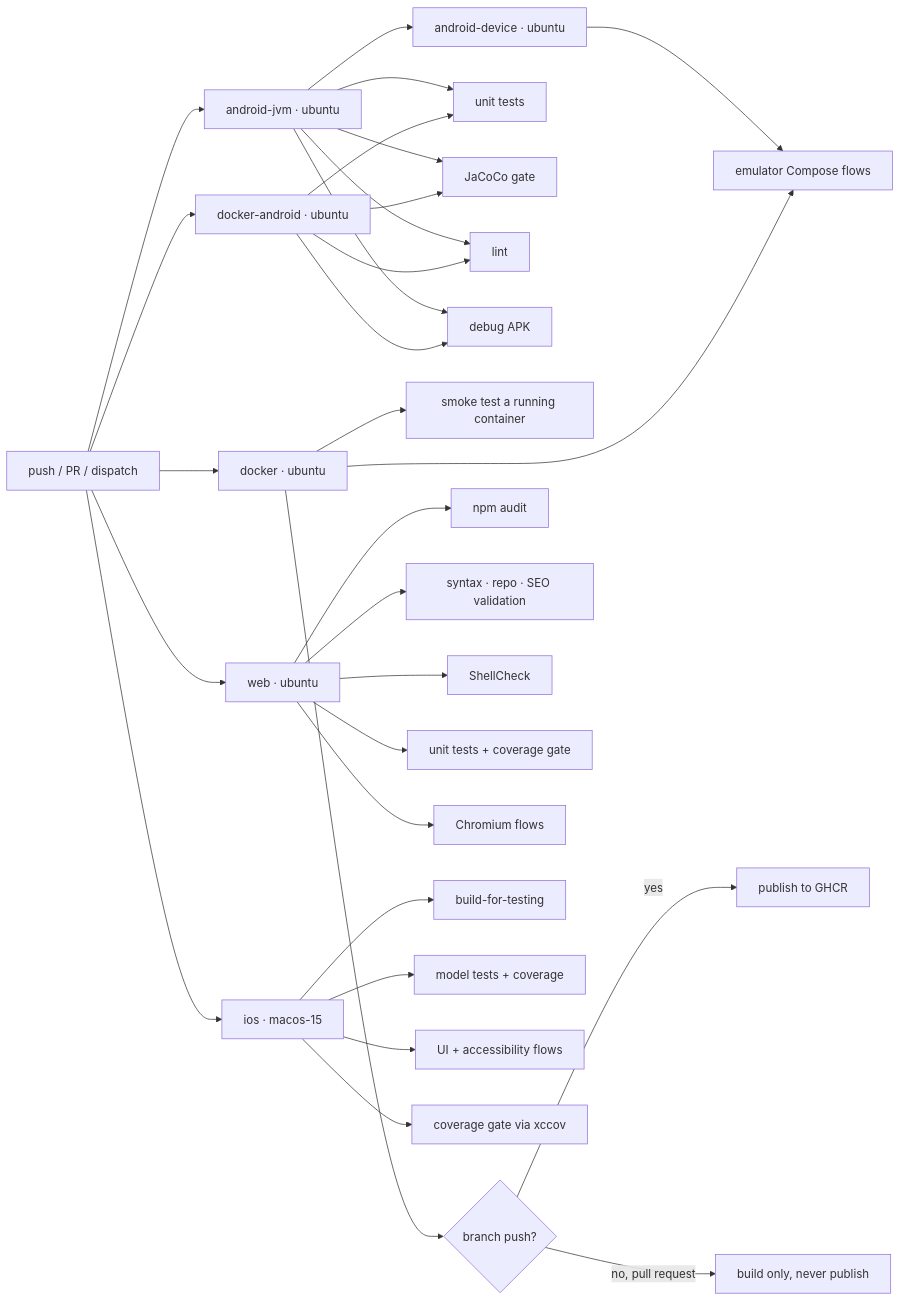
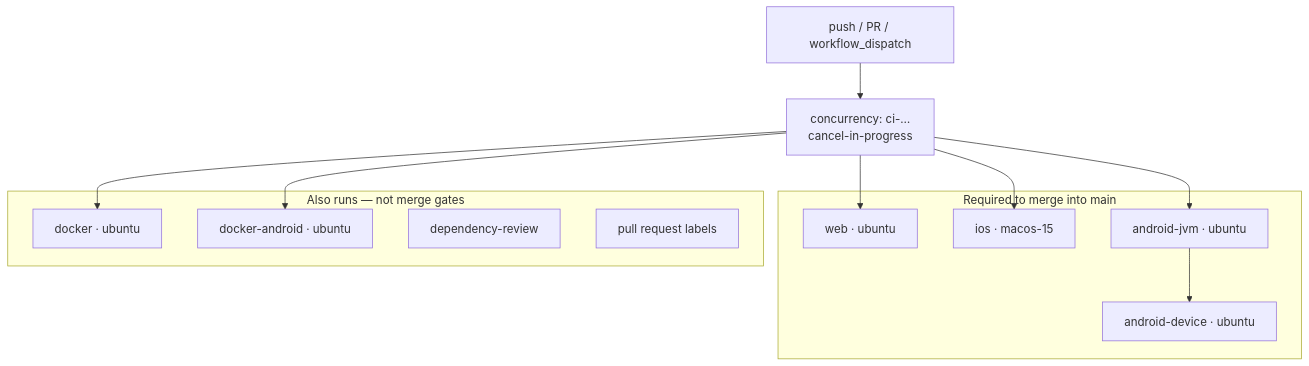
Diagram 43 of 47 in ARCHITECTURE.md (hoangsonww/2048-Game), drawn with Mermaid before and after one commit. The commit also changed other lines of this file, not shown here.

First line of the commit message:
Expand ARCHITECTURE.md into a full system reference.

````diff
--- a/ARCHITECTURE.md
+++ b/ARCHITECTURE.md
@@ -1397,38 +1783,24 @@
 ```mermaid
-flowchart LR
-    Push[push / PR / dispatch] --> Web[web · ubuntu]
-    Push --> IOS[ios · macos-15]
-    Push --> AJ[android-jvm · ubuntu]
-    Push --> DK[docker · ubuntu]
-    Push --> DA[docker-android · ubuntu]
+flowchart TB
+    Push[push / PR / workflow_dispatch] --> Conc["concurrency: ci-…<br/>cancel-in-progress"]
+    Conc --> Web[web · ubuntu]
+    Conc --> IOS[ios · macos-15]
+    Conc --> AJ[android-jvm · ubuntu]
+    Conc --> DK[docker · ubuntu]
+    Conc --> DA[docker-android · ubuntu]
     AJ --> AD[android-device · ubuntu]
 
-    DA --> A1[SDK image · amd64 only]
-    DA --> A2[verify toolchain in a login shell]
-    DA --> A3[build APK + unit tests in the image]
-    DA --> A4[publish to GHCR on a branch push]
+    subgraph Required["Required to merge into main"]
+        Web
+        IOS
+        AJ
+        AD
+    end
 
-    DK --> D1[build amd64 + arm64]
-    DK --> D2[smoke test a running container]
-    DK --> D3{"branch push?"}
-    D3 -- yes --> D4[publish to GHCR]
-    D3 -- "no, pull request" --> D5[build only, never publish]
-
-    Web --> W1[npm audit]
-    Web --> W2[syntax · repo · SEO validation]
-    Web --> W3[ShellCheck]
-    Web --> W4[unit tests + coverage gate]
-    Web --> W5[Chromium flows]
-
-    IOS --> I1[build-for-testing]
-    IOS --> I2[model tests + coverage]
-    IOS --> I3[UI + accessibility flows]
-    IOS --> I4[coverage gate via xccov]
-
-    AJ --> A1[unit tests]
-    AJ --> A2[JaCoCo gate]
-    AJ --> A3[lint]
-    AJ --> A4[debug APK]
-
-    AD --> D1[emulator Compose flows]
+    subgraph Advisory["Also runs — not merge gates"]
+        DK
+        DA
+        DR[dependency-review]
+        Label[pull request labels]
+    end
 ```
````
